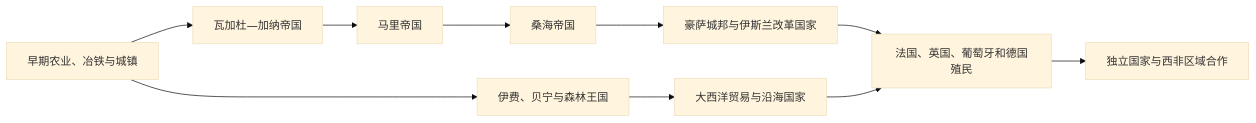
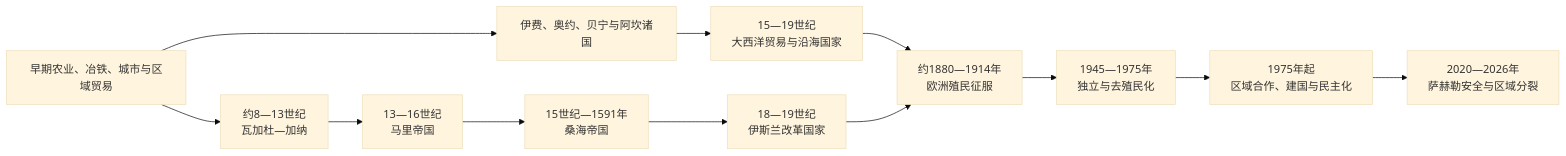
Before and after one commit to tianlan-dev/learning-notes: the diagram in 人文科学/历史/非洲/西非/README.md, drawn with Mermaid (base theme). The commit also changed other lines of this file and 1417 other files, not shown here.

````diff
--- a/人文科学/历史/非洲/西非/README.md
+++ b/人文科学/历史/非洲/西非/README.md
@@ -9,12 +13,26 @@
 ```mermaid
 flowchart LR
-    A["早期农业、冶铁与城镇"] --> B["瓦加杜—加纳帝国"]
-    B --> C["马里帝国"]
-    C --> D["桑海帝国"]
-    A --> F["伊费、贝宁与森林王国"]
-    D --> G["豪萨城邦与伊斯兰改革国家"]
-    F --> H["大西洋贸易与沿海国家"]
-    G --> I["法国、英国、葡萄牙和德国殖民"]
+    A["早期农业、冶铁、城市与区域贸易"]
+    B["约8—13世纪<br/>瓦加杜—加纳"]
+    C["13—16世纪<br/>马里帝国"]
+    D["15世纪—1591年<br/>桑海帝国"]
+    E["伊费、奥约、贝宁与阿坎诸国"]
+    F["15—19世纪<br/>大西洋贸易与沿海国家"]
+    G["18—19世纪<br/>伊斯兰改革国家"]
+    H["约1880—1914年<br/>欧洲殖民征服"]
+    I["1945—1975年<br/>独立与去殖民化"]
+    J["1975年起<br/>区域合作、建国与民主化"]
+    K["2020—2026年<br/>萨赫勒安全与区域分裂"]
+
+    A --> B
+    A --> E
+    B --> C
+    C --> D
+    D --> G
+    E --> F
+    F --> H
+    G --> H
     H --> I
-    I --> J["独立国家与西非区域合作"]
+    I --> J
+    J --> K
 ```
````
